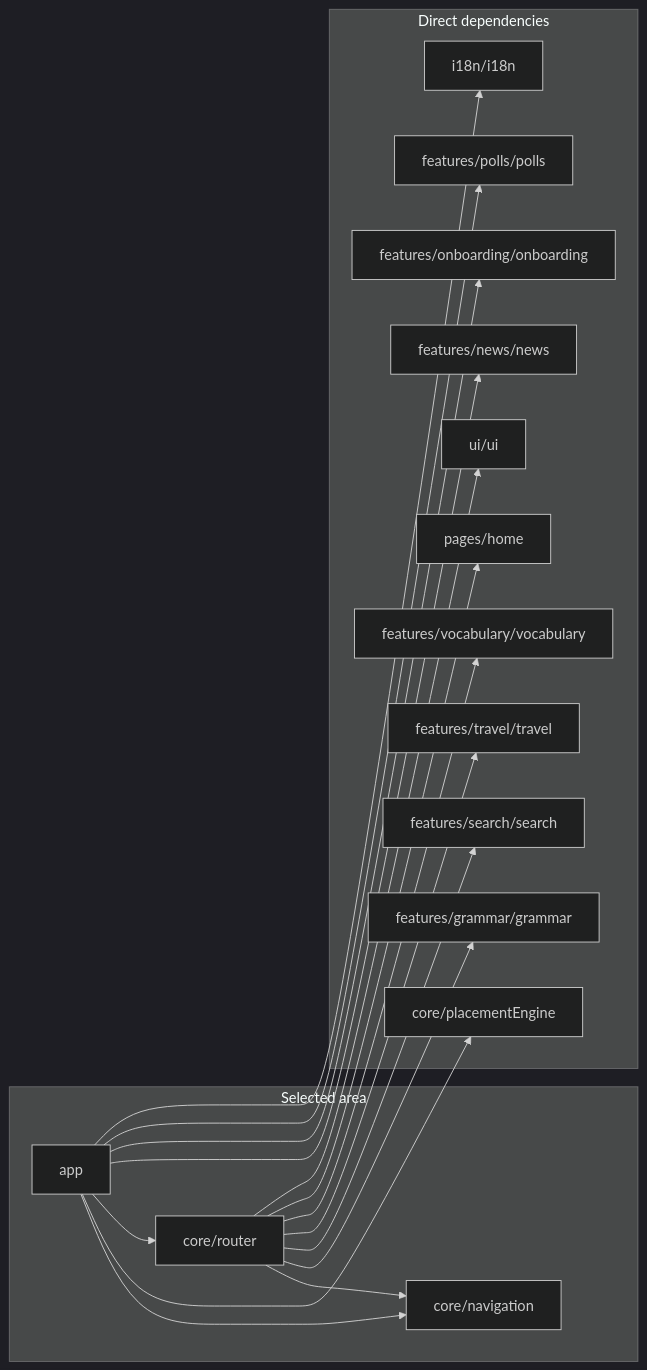
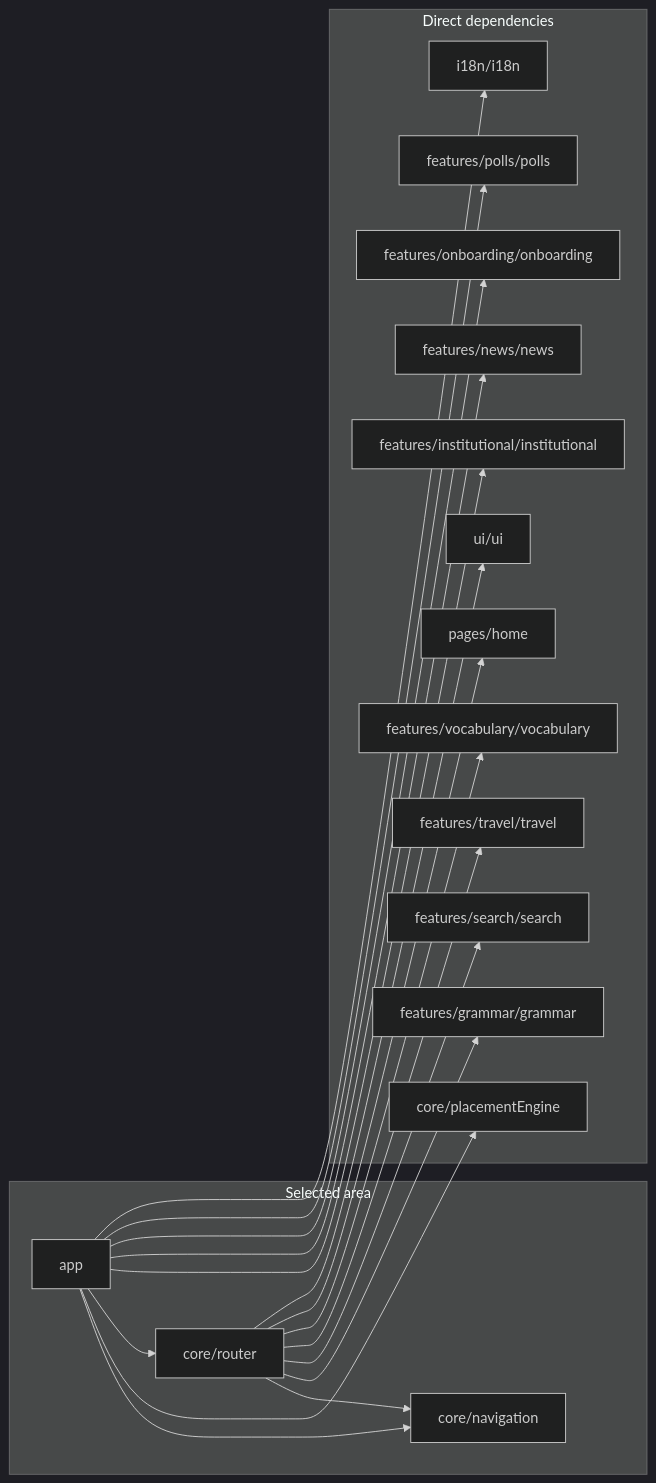
Before and after one commit to temsahak-rgb/Dino-5monde: the second of 12 diagrams in docs/dependency-graph.md, drawn with Mermaid (dark theme). The commit also changed other lines of this file and 13 other files, not shown here.

Commit message:
feat: add institutional footer pages

````diff
--- a/docs/dependency-graph.md
+++ b/docs/dependency-graph.md
@@ -59,35 +59,37 @@
 ```mermaid
 flowchart LR
     subgraph S["Selected area"]
         M0["app"]
         M1["core/navigation"]
         M2["core/router"]
     end
     subgraph D["Direct dependencies"]
         M3["core/placementEngine"]
         M4["features/grammar/grammar"]
-        M5["features/news/news"]
-        M6["features/onboarding/onboarding"]
-        M7["features/polls/polls"]
-        M8["features/search/search"]
-        M9["features/travel/travel"]
-        M10["features/vocabulary/vocabulary"]
-        M11["i18n/i18n"]
-        M12["pages/home"]
-        M13["ui/ui"]
+        M5["features/institutional/institutional"]
+        M6["features/news/news"]
+        M7["features/onboarding/onboarding"]
+        M8["features/polls/polls"]
+        M9["features/search/search"]
+        M10["features/travel/travel"]
+        M11["features/vocabulary/vocabulary"]
+        M12["i18n/i18n"]
+        M13["pages/home"]
+        M14["ui/ui"]
     end
     M0 --> M1
     M0 --> M3
     M0 --> M2
     M0 --> M5
     M0 --> M6
     M0 --> M7
-    M0 --> M11
+    M0 --> M8
+    M0 --> M12
     M2 --> M1
     M2 --> M4
-    M2 --> M8
     M2 --> M9
     M2 --> M10
-    M2 --> M12
+    M2 --> M11
     M2 --> M13
+    M2 --> M14
 ```
````
